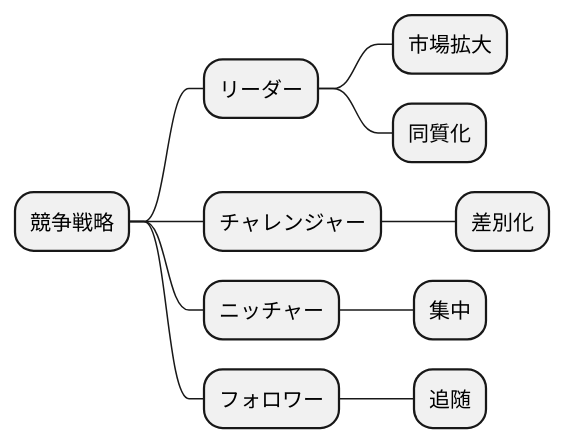
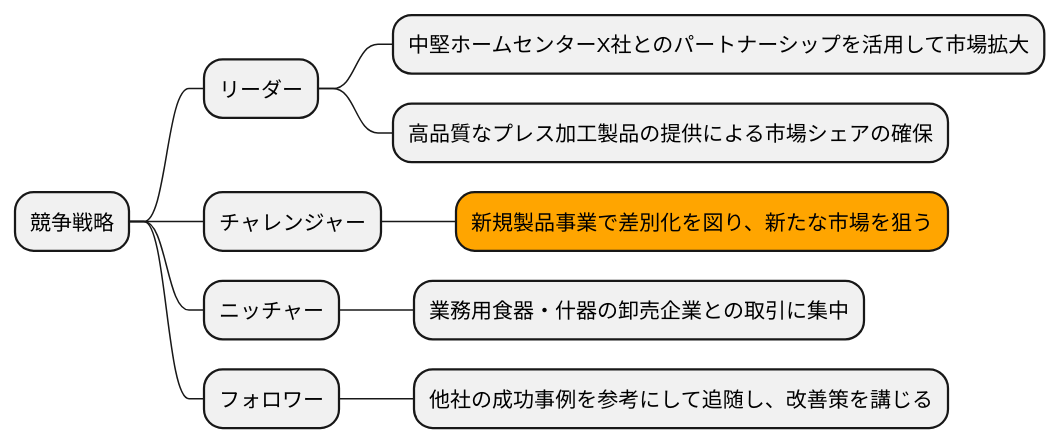
The ninth of 16 diagrams in docs/case/r04_case_3.adoc (k2works/case-sutudy-business-analysis), drawn with PlantUML before and after one commit. The commit also changed other lines of this file and 1 other file, not shown here.

```diff
--- a/docs/case/r04_case_3.adoc
+++ b/docs/case/r04_case_3.adoc
@@ -362,17 +370,17 @@
 [plantuml]
 ----
 @startmindmap
 
 * 競争戦略
 ** リーダー
-*** 市場拡大
-*** 同質化
+*** 中堅ホームセンターX社とのパートナーシップを活用して市場拡大
+*** 高品質なプレス加工製品の提供による市場シェアの確保
 ** チャレンジャー
-*** 差別化
+***[#orange] 新規製品事業で差別化を図り、新たな市場を狙う
 ** ニッチャー
-*** 集中
+*** 業務用食器・什器の卸売企業との取引に集中
 ** フォロワー
-*** 追随
+*** 他社の成功事例を参考にして追随し、改善策を講じる
 
 @endmindmap
 ----
```
